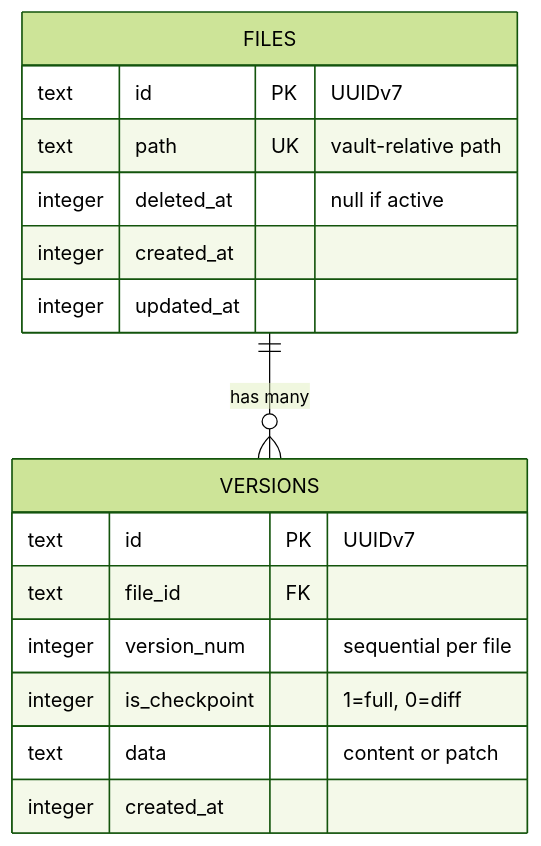
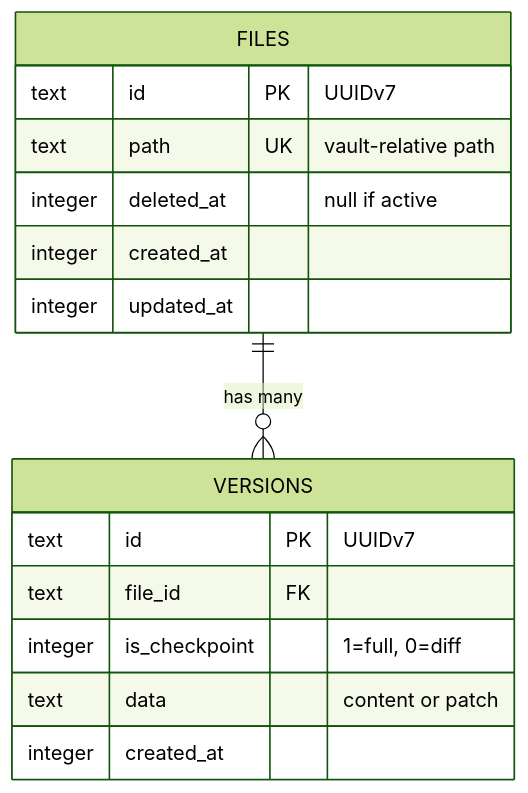
Before and after one commit to thspinto/obsync: the fifth of 8 diagrams in docs/architecture.md, drawn with Mermaid (forest theme). The commit also changed 5 other files, not shown here.

Commit message:
remove version integer

````diff
--- a/docs/architecture.md
+++ b/docs/architecture.md
@@ -158,21 +158,20 @@
 ```mermaid
 erDiagram
     FILES {
         text id PK "UUIDv7"
         text path UK "vault-relative path"
         integer deleted_at "null if active"
         integer created_at
         integer updated_at
     }
 
     VERSIONS {
         text id PK "UUIDv7"
         text file_id FK
-        integer version_num "sequential per file"
         integer is_checkpoint "1=full, 0=diff"
         text data "content or patch"
         integer created_at
     }
 
     FILES ||--o{ VERSIONS : "has many"
 ```
````
